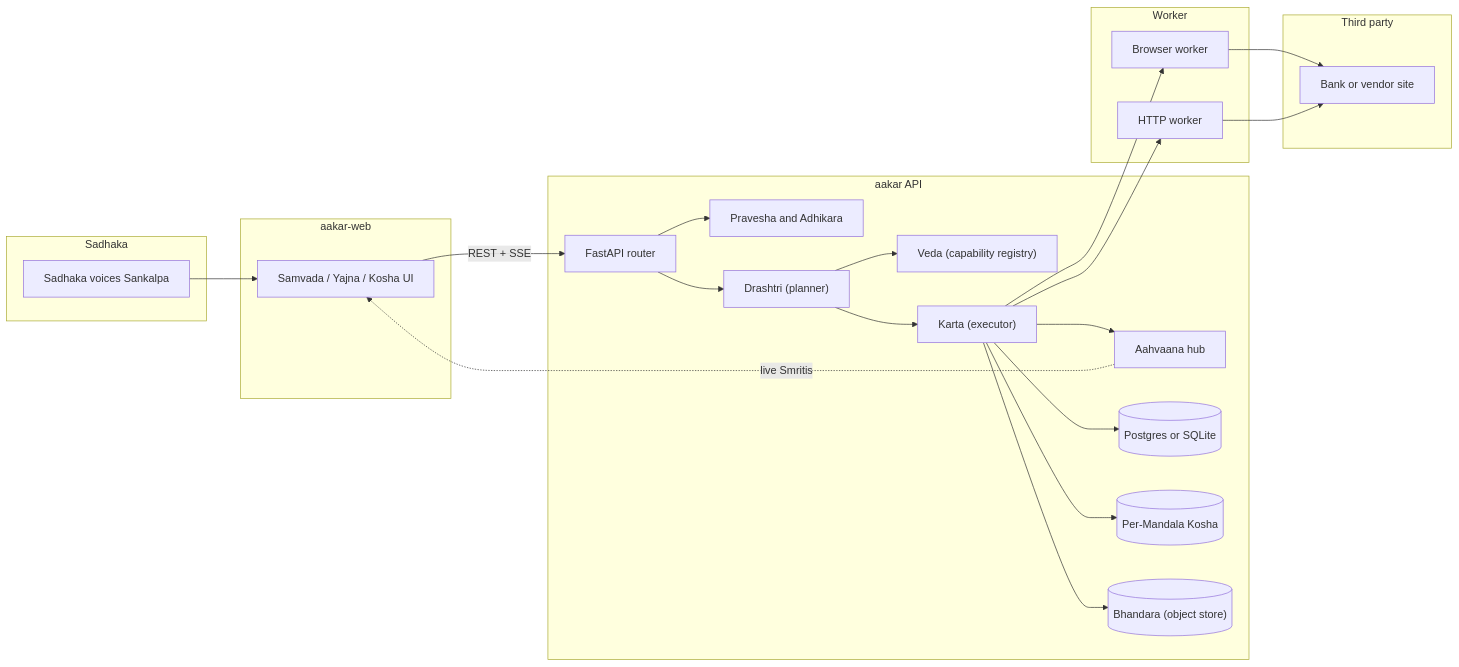
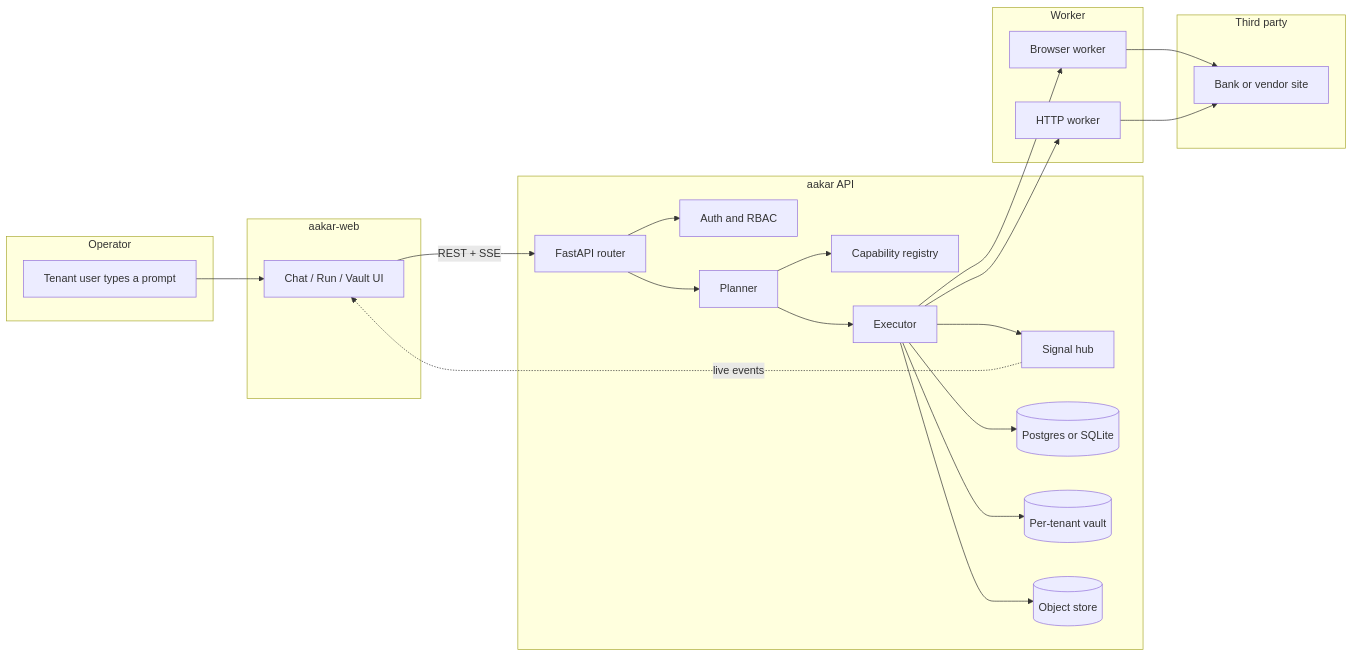
The first of 4 diagrams in documentation/src/01-HLD.md (so-weak/Aakaar), drawn with Mermaid before and after one commit. The commit also changed other lines of this file and 23 other files, not shown here.

````diff
--- a/documentation/src/01-HLD.md
+++ b/documentation/src/01-HLD.md
@@ -29,43 +52,43 @@
 ```mermaid
 flowchart LR
-  subgraph "Sadhaka"
-    U["Sadhaka voices Sankalpa"]
+  subgraph "Operator"
+    U["Tenant user types a prompt"]
   end
   subgraph "aakar-web"
-    UI["Samvada / Yajna / Kosha UI"]
+    UI["Chat / Run / Vault UI"]
   end
   subgraph "aakar API"
     API["FastAPI router"]
-    AUTH["Pravesha and Adhikara"]
-    PLAN["Drashtri (planner)"]
-    REG["Veda (capability registry)"]
-    EXEC["Karta (executor)"]
-    HUB["Aahvaana hub"]
+    AUTH["Auth and RBAC"]
+    PLAN["Planner"]
+    REG["Capability registry"]
+    EXEC["Executor"]
+    HUB["Signal hub"]
     DB[("Postgres or SQLite")]
-    VAULT[("Per-Mandala Kosha")]
-    OBJ[("Bhandara (object store)")]
+    VAULT[("Per-tenant vault")]
+    OBJ[("Object store")]
   end
   subgraph "Worker"
     BR["Browser worker"]
     HTTP["HTTP worker"]
   end
   subgraph "Third party"
     SITE["Bank or vendor site"]
   end
 
   U --> UI
   UI -->|REST + SSE| API
   API --> AUTH
   API --> PLAN
   PLAN --> REG
   PLAN --> EXEC
   EXEC --> HUB
   EXEC --> BR
   EXEC --> HTTP
   BR --> SITE
   HTTP --> SITE
   EXEC --> DB
   EXEC --> OBJ
   EXEC --> VAULT
-  HUB -.->|live Smritis| UI
+  HUB -.->|live events| UI
 ```
````
